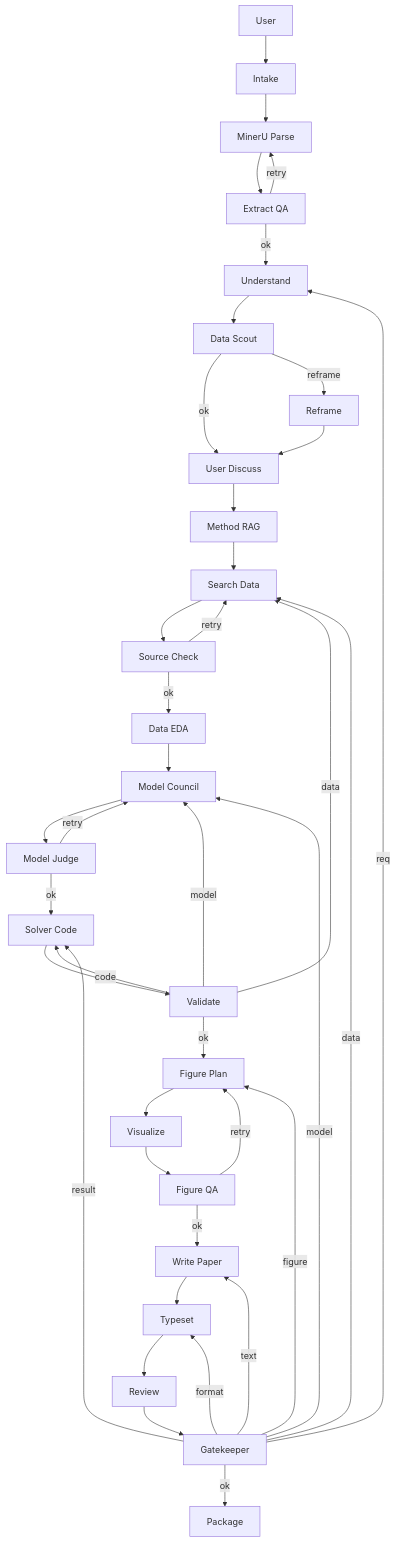
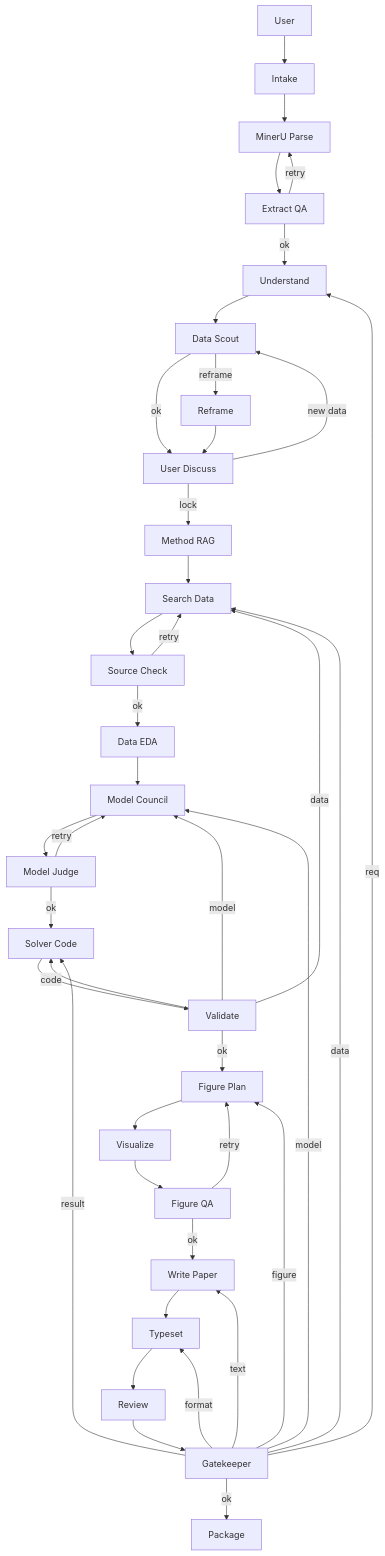
The diagram in docs/AGENT_TOPOLOGY.md (jsyzlbw/MCM-ICM-Agent), drawn with Mermaid before and after one commit. The commit also changed other lines of this file and 3 other files, not shown here.

````diff
--- a/docs/AGENT_TOPOLOGY.md
+++ b/docs/AGENT_TOPOLOGY.md
@@ -19,50 +19,51 @@
 ```mermaid
 flowchart TD
     U["User"] --> I["Intake"]
     I --> M["MinerU Parse"]
     M --> EQ["Extract QA"]
 
     EQ -->|retry| M
     EQ -->|ok| PU["Understand"]
 
     PU --> DFS["Data Scout"]
     DFS -->|ok| UD["User Discuss"]
     DFS -->|reframe| RR["Reframe"]
     RR --> UD
 
-    UD --> MR["Method RAG"]
+    UD -->|new data| DFS
+    UD -->|lock| MR["Method RAG"]
     MR --> SD["Search Data"]
     SD --> SV["Source Check"]
 
     SV -->|retry| SD
     SV -->|ok| EDA["Data EDA"]
 
     EDA --> MC["Model Council"]
     MC --> MJ["Model Judge"]
     MJ -->|retry| MC
     MJ -->|ok| SC["Solver Code"]
 
     SC --> VG["Validate"]
     VG -->|code| SC
     VG -->|data| SD
     VG -->|model| MC
     VG -->|ok| FP["Figure Plan"]
 
     FP --> VIZ["Visualize"]
     VIZ --> FQ["Figure QA"]
     FQ -->|retry| FP
     FQ -->|ok| PW["Write Paper"]
 
     PW --> TS["Typeset"]
     TS --> PR["Review"]
     PR --> FG["Gatekeeper"]
 
     FG -->|req| PU
     FG -->|model| MC
     FG -->|data| SD
     FG -->|result| SC
     FG -->|figure| FP
     FG -->|text| PW
     FG -->|format| TS
     FG -->|ok| SP["Package"]
 ```
````
